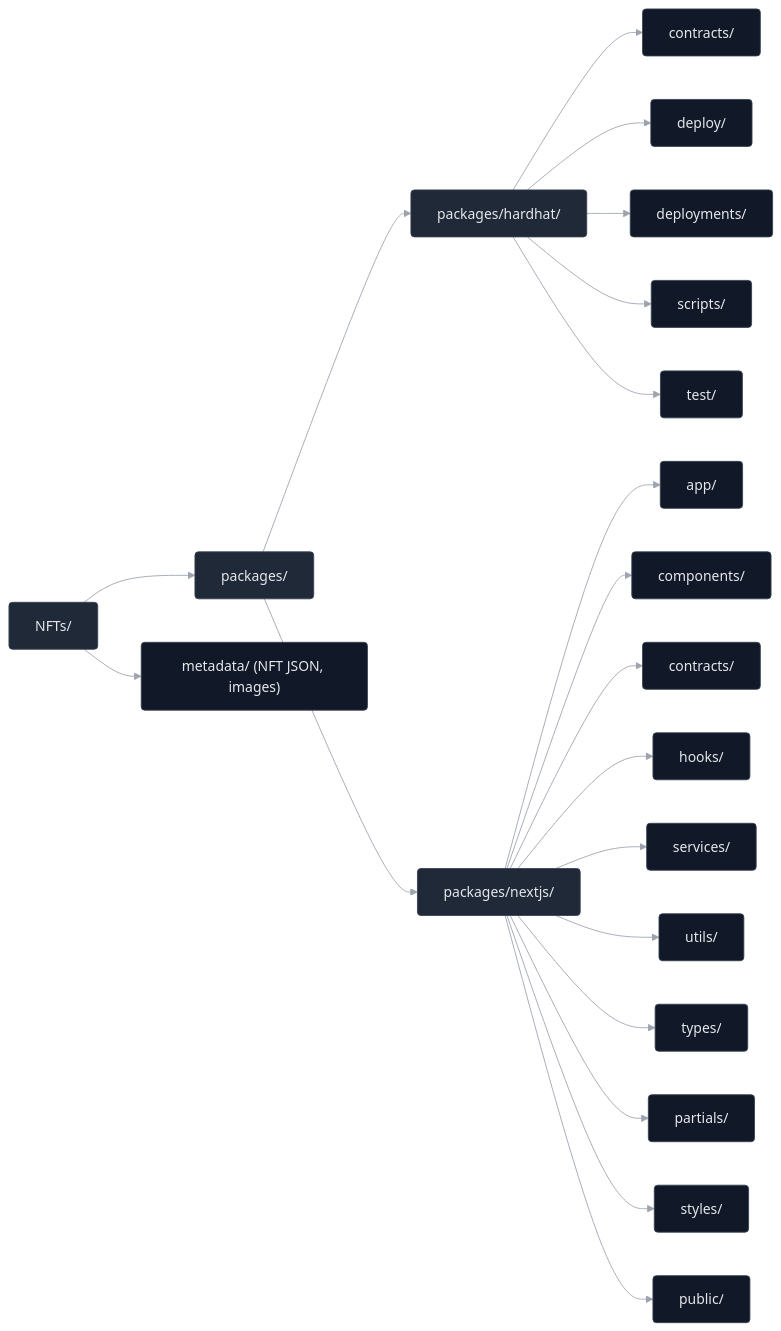
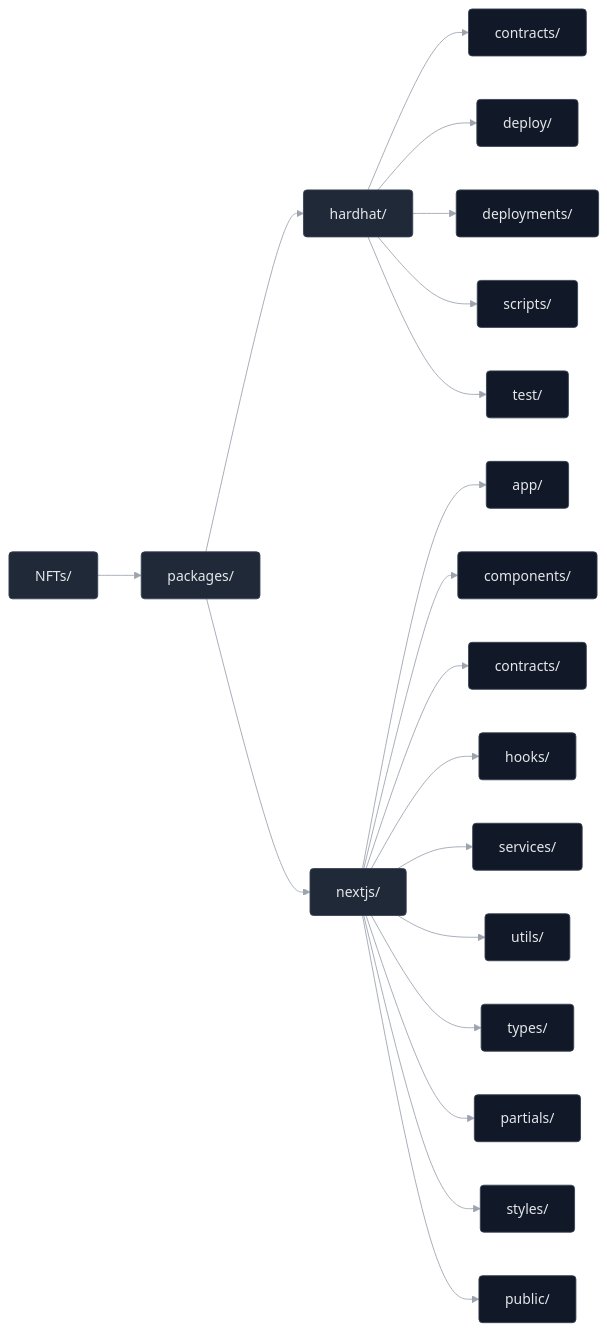
The diagram in README.md (intuition-box/Meow), drawn with Mermaid before and after one commit.

Commit message:
docs: simplify project structure diagram by removing metadata folder and flattening paths

````diff
--- a/README.md
+++ b/README.md
@@ -160,46 +160,44 @@
 ```mermaid
 %%{init: {
   "theme": "base",
   "themeVariables": {
     "primaryColor": "#1f2937",
     "primaryTextColor": "#e5e7eb",
     "primaryBorderColor": "#374151",
     "lineColor": "#9ca3af",
     "tertiaryColor": "#111827",
     "fontFamily": "Inter, ui-sans-serif, system-ui, -apple-system, Segoe UI, Roboto"
   }
 }}%%
 flowchart LR
   classDef dir fill:#1f2937,stroke:#374151,color:#e5e7eb,rx:4,ry:4;
   classDef leaf fill:#111827,stroke:#374151,color:#e5e7eb,rx:4,ry:4;
 
   NFTs["NFTs/"]:::dir
   PKG["packages/"]:::dir
-  HARDHAT["packages/hardhat/"]:::dir
-  NEXTJS["packages/nextjs/"]:::dir
-  META["metadata/ (NFT JSON, images)"]:::leaf
+  HARDHAT["hardhat/"]:::dir
+  NEXTJS["nextjs/"]:::dir
 
   NFTs --> PKG
-  NFTs --> META
   PKG --> HARDHAT
   PKG --> NEXTJS
 
   %% Hardhat subfolders
   HARDHAT --> HH_C["contracts/"]:::leaf
   HARDHAT --> HH_D["deploy/"]:::leaf
   HARDHAT --> HH_DEP["deployments/"]:::leaf
   HARDHAT --> HH_S["scripts/"]:::leaf
   HARDHAT --> HH_T["test/"]:::leaf
 
   %% Next.js subfolders
   NEXTJS --> NX_APP["app/"]:::leaf
   NEXTJS --> NX_CMP["components/"]:::leaf
   NEXTJS --> NX_CON["contracts/"]:::leaf
   NEXTJS --> NX_HK["hooks/"]:::leaf
   NEXTJS --> NX_SRV["services/"]:::leaf
   NEXTJS --> NX_UTIL["utils/"]:::leaf
   NEXTJS --> NX_TYPES["types/"]:::leaf
   NEXTJS --> NX_PART["partials/"]:::leaf
   NEXTJS --> NX_STY["styles/"]:::leaf
   NEXTJS --> NX_PUB["public/"]:::leaf
 ```
````
